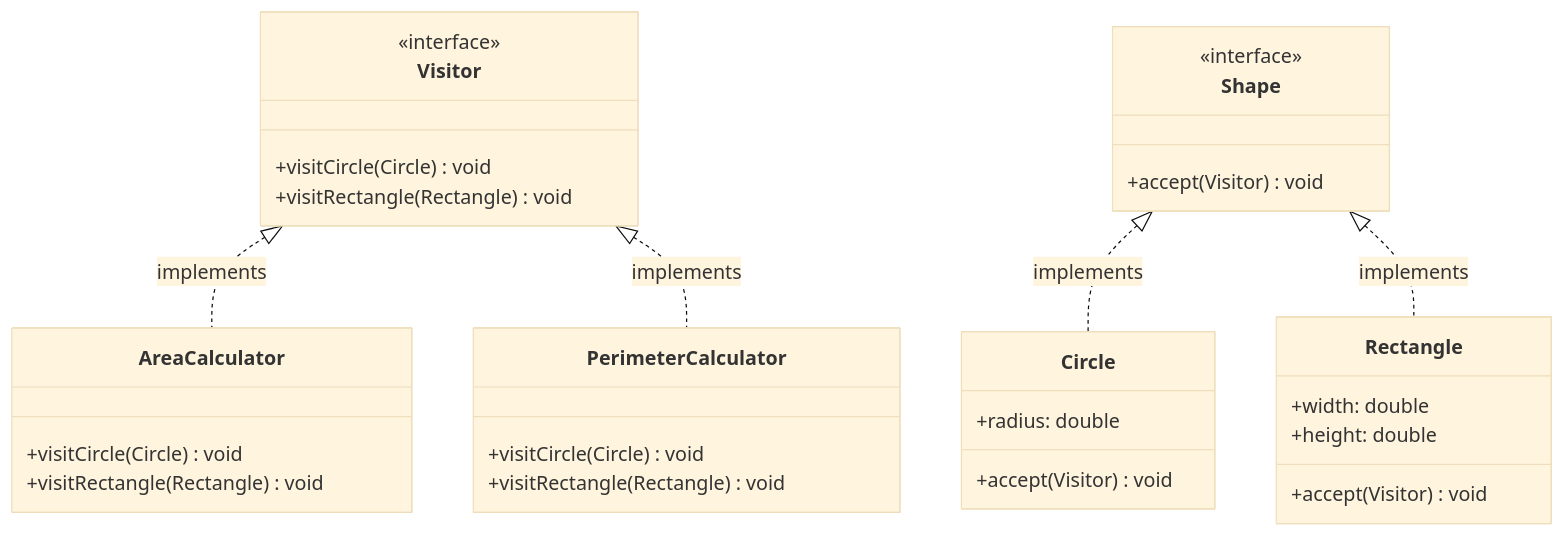
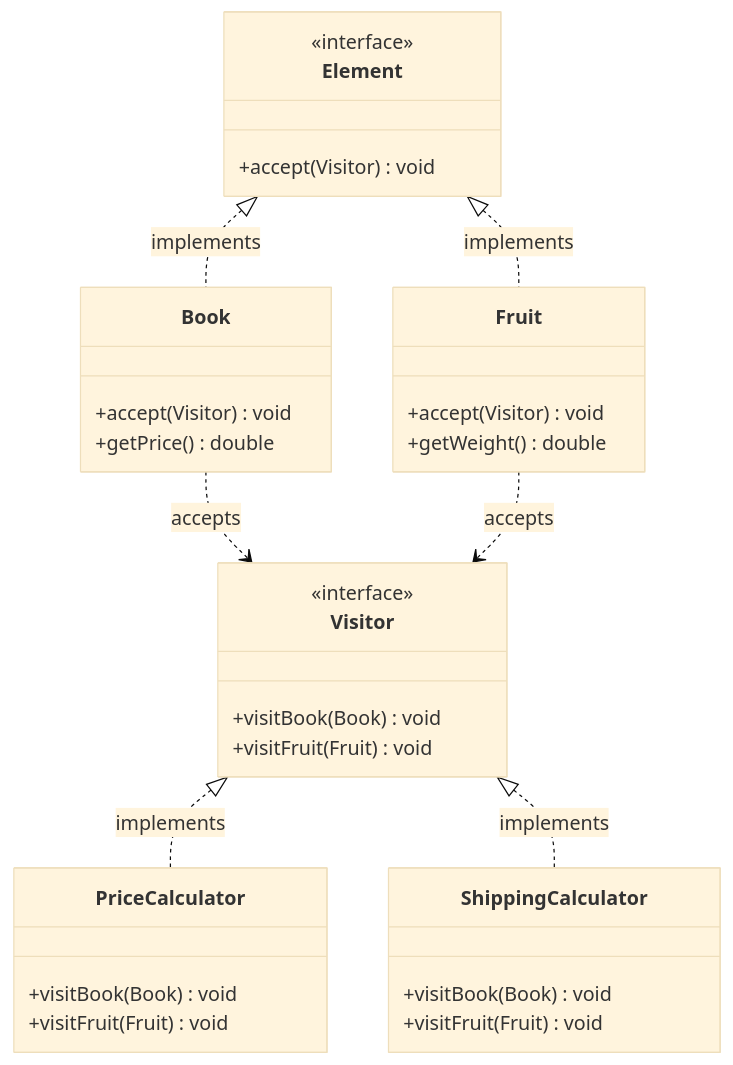
Before and after one commit to shubhamc521/Evolve-LLD-EV9: the diagram in DesignPatterns/Behavioral/09_visitor.md, drawn with Mermaid (base theme). The commit also changed other lines of this file and 9 other files, not shown here.

````diff
--- a/DesignPatterns/Behavioral/09_visitor.md
+++ b/DesignPatterns/Behavioral/09_visitor.md
@@ -40,37 +12,38 @@
 ```mermaid
 classDiagram
     class Visitor {
         <<interface>>
-        +visitCircle(Circle) void
-        +visitRectangle(Rectangle) void
+        +visitBook(Book) void
+        +visitFruit(Fruit) void
     }
     
-    class Shape {
+    class Element {
         <<interface>>
         +accept(Visitor) void
     }
     
-    class AreaCalculator {
-        +visitCircle(Circle) void
-        +visitRectangle(Rectangle) void
+    class PriceCalculator {
+        +visitBook(Book) void
+        +visitFruit(Fruit) void
     }
-    class PerimeterCalculator {
-        +visitCircle(Circle) void
-        +visitRectangle(Rectangle) void
+    class ShippingCalculator {
+        +visitBook(Book) void
+        +visitFruit(Fruit) void
     }
     
-    class Circle {
-        +radius: double
+    class Book {
         +accept(Visitor) void
+        +getPrice() double
     }
-    class Rectangle {
-        +width: double
-        +height: double
+    class Fruit {
         +accept(Visitor) void
+        +getWeight() double
     }
     
-    Visitor <|.. AreaCalculator : implements
-    Visitor <|.. PerimeterCalculator : implements
-    Shape <|.. Circle : implements
-    Shape <|.. Rectangle : implements
+    Visitor <|.. PriceCalculator : implements
+    Visitor <|.. ShippingCalculator : implements
+    Element <|.. Book : implements
+    Element <|.. Fruit : implements
+    Book ..> Visitor : accepts
+    Fruit ..> Visitor : accepts
 ```
````
